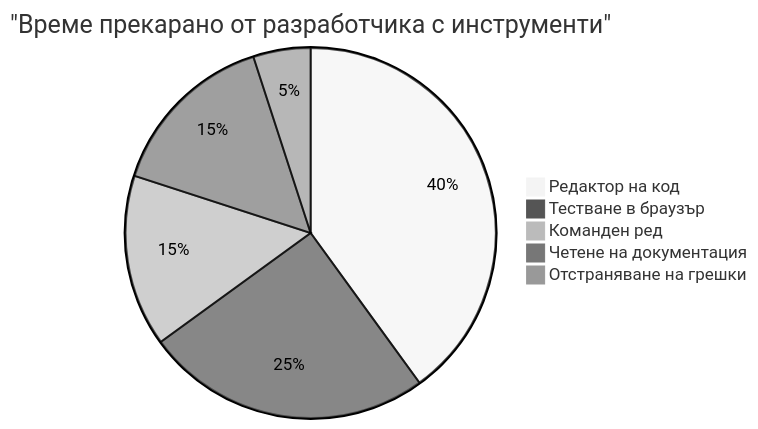
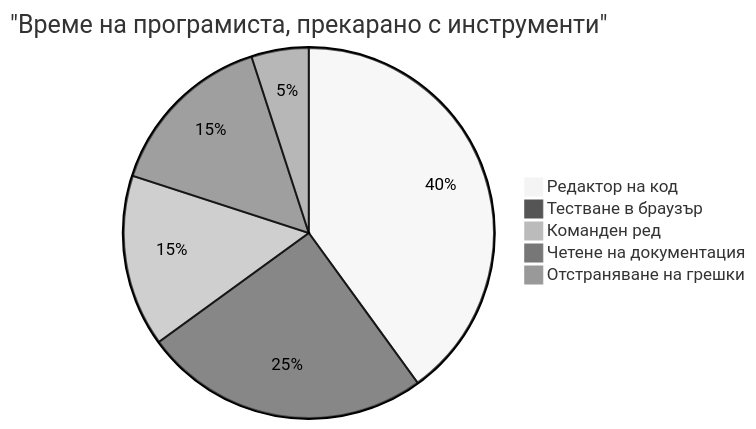
Before and after one commit to microsoft/Web-Dev-For-Beginners: the sixth of 7 diagrams in translations/bg/1-getting-started-lessons/1-intro-to-programming-languages/README.md, drawn with Mermaid (neutral theme). The commit also changed other lines of this file and 11 other files, not shown here.

````diff
--- a/translations/bg/1-getting-started-lessons/1-intro-to-programming-languages/README.md
+++ b/translations/bg/1-getting-started-lessons/1-intro-to-programming-languages/README.md
@@ -710,8 +710,8 @@
 ```mermaid
-pie title "Време прекарано от разработчика с инструменти"
+pie title "Време на програмиста, прекарано с инструменти"
     "Редактор на код" : 40
     "Тестване в браузър" : 25
     "Команден ред" : 15
     "Четене на документация" : 15
     "Отстраняване на грешки" : 5
-```
+```  
````
